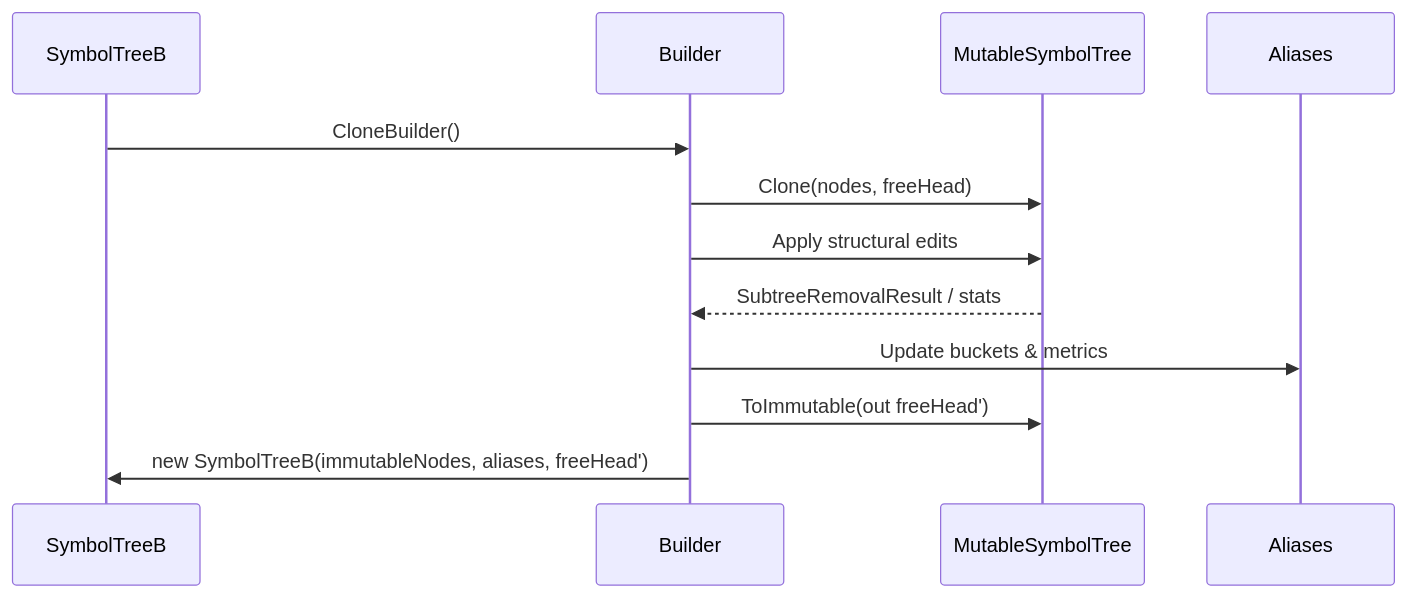
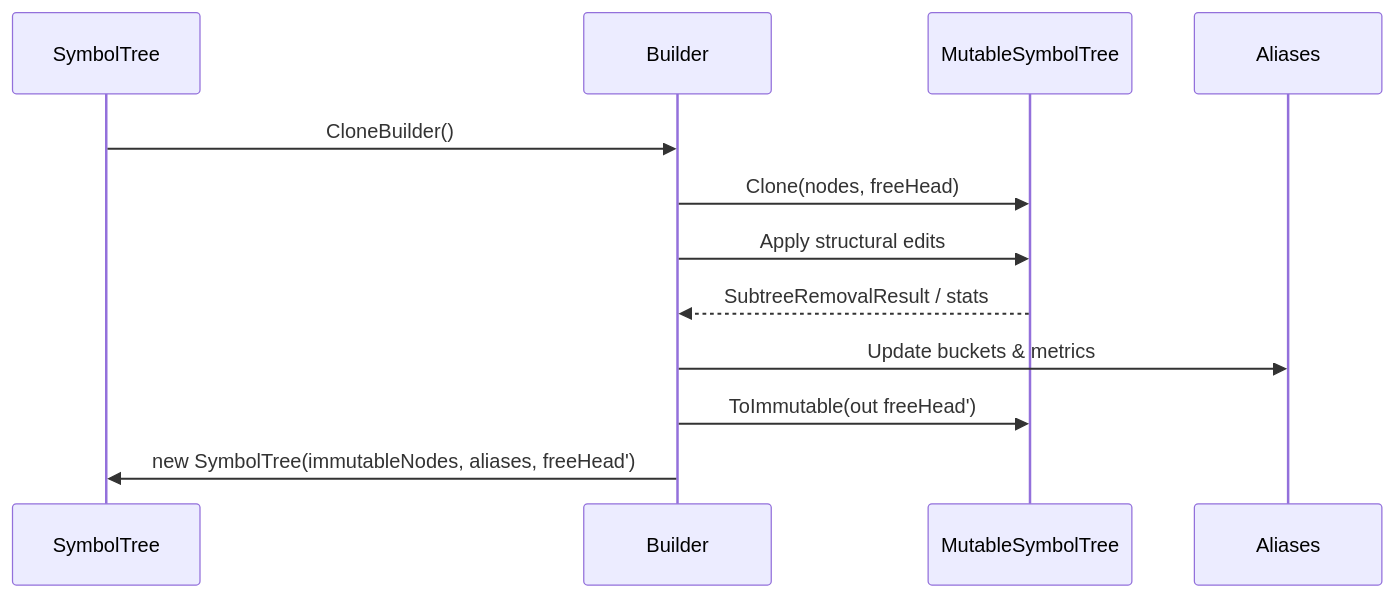
Before and after one commit to Atelia-org/atelia: the second of 2 diagrams in docs/CodeCortex/SymbolTree_NodeStructure_Extraction.md, drawn with Mermaid. The commit also changed other lines of this file and 19 other files, not shown here.

````diff
--- a/docs/CodeCortex/SymbolTree_NodeStructure_Extraction.md
+++ b/docs/CodeCortex/SymbolTree_NodeStructure_Extraction.md
@@ -84,14 +84,14 @@
 ```mermaid
 sequenceDiagram
-    participant B as SymbolTreeB
+    participant B as SymbolTree
     participant Builder
     participant Structure as MutableSymbolTree
     participant Aliases
     B->>Builder: CloneBuilder()
     Builder->>Structure: Clone(nodes, freeHead)
     Builder->>Structure: Apply structural edits
     Structure-->>Builder: SubtreeRemovalResult / stats
     Builder->>Aliases: Update buckets & metrics
     Builder->>Structure: ToImmutable(out freeHead')
-    Builder->>B: new SymbolTreeB(immutableNodes, aliases, freeHead')
+    Builder->>B: new SymbolTree(immutableNodes, aliases, freeHead')
 ```
````
